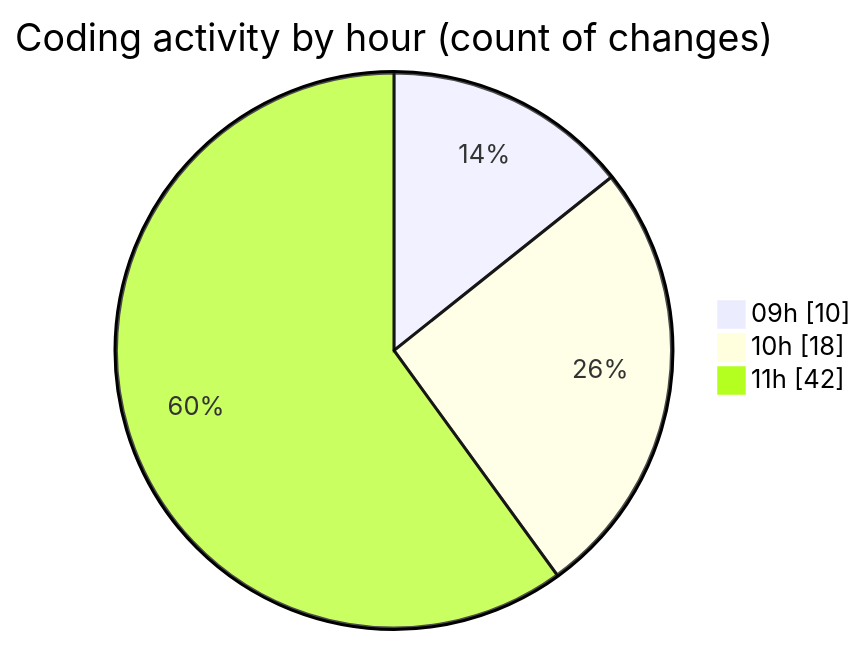
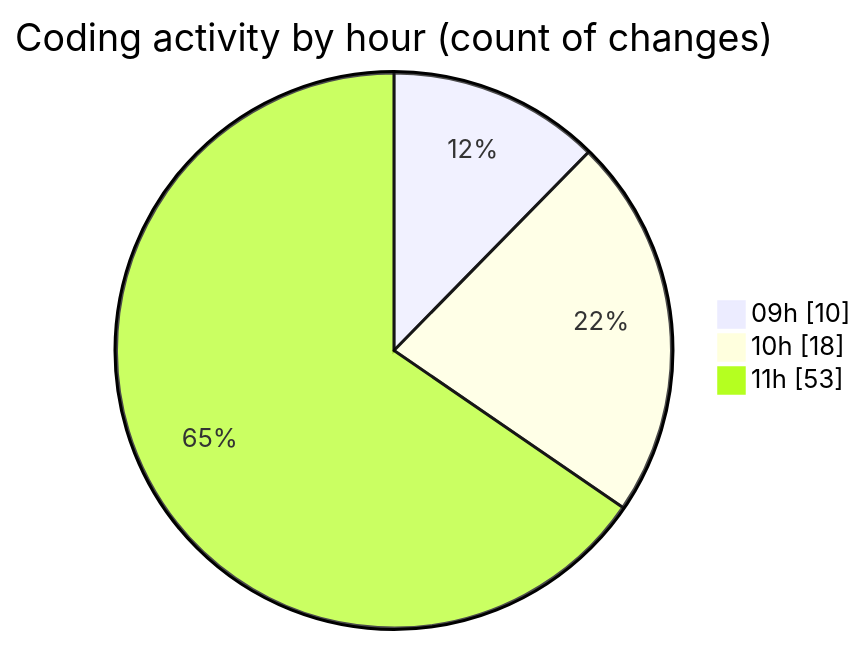
The second of 2 diagrams in 2025-05-09/ecodeli/README.md (CELIANVF/code-tracking), drawn with Mermaid before and after one commit. The commit also changed other lines of this file and 1 other file, not shown here.

````diff
--- a/2025-05-09/ecodeli/README.md
+++ b/2025-05-09/ecodeli/README.md
@@ -45,7 +46,7 @@
 ```mermaid
 pie showData
 title Coding activity by hour (count of changes)
 "09h" : 10
 "10h" : 18
-"11h" : 42
+"11h" : 53
 ```
````
